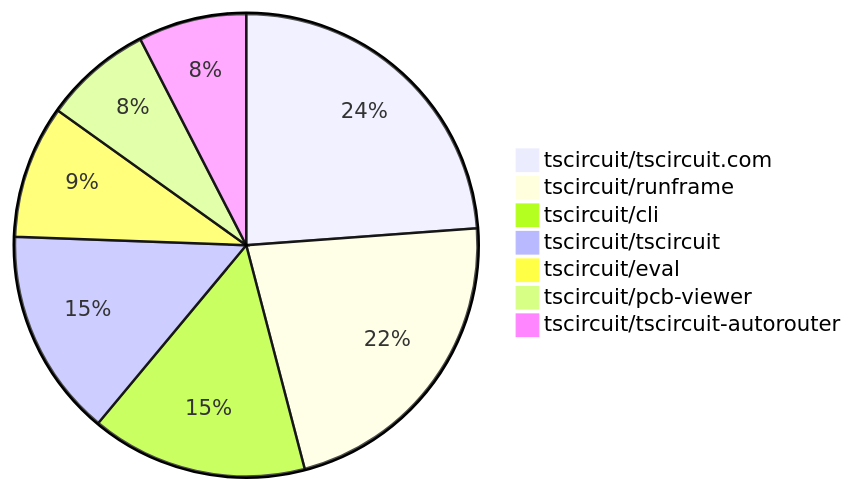
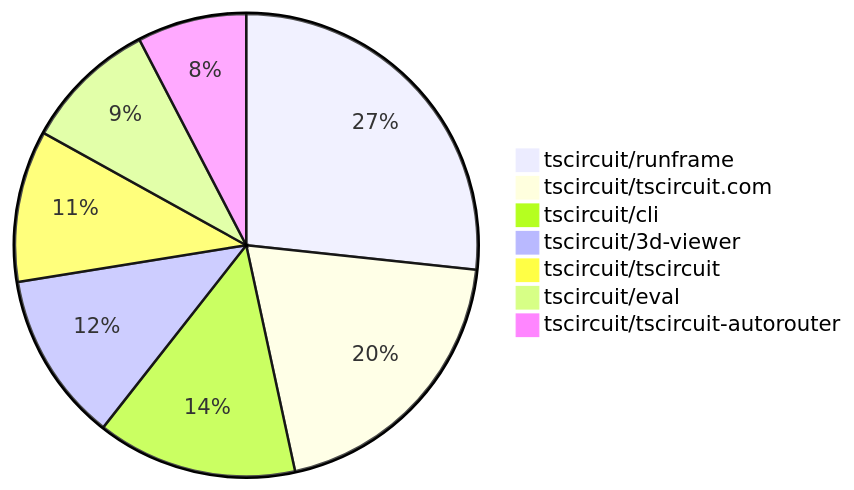
Before and after one commit to tscircuit/contribution-tracker: the second of 2 diagrams in README.md, drawn with Mermaid. The commit also changed other lines of this file and 3 other files, not shown here.

````diff
--- a/README.md
+++ b/README.md
@@ -131,10 +135,10 @@
 ```mermaid
 pie
-    "tscircuit/tscircuit.com" : 41
-    "tscircuit/runframe" : 38
-    "tscircuit/cli" : 26
+    "tscircuit/runframe" : 63
+    "tscircuit/tscircuit.com" : 47
+    "tscircuit/cli" : 33
+    "tscircuit/3d-viewer" : 28
     "tscircuit/tscircuit" : 25
-    "tscircuit/eval" : 16
-    "tscircuit/pcb-viewer" : 13
-    "tscircuit/tscircuit-autorouter" : 13
+    "tscircuit/eval" : 22
+    "tscircuit/tscircuit-autorouter" : 18
 ```
````
